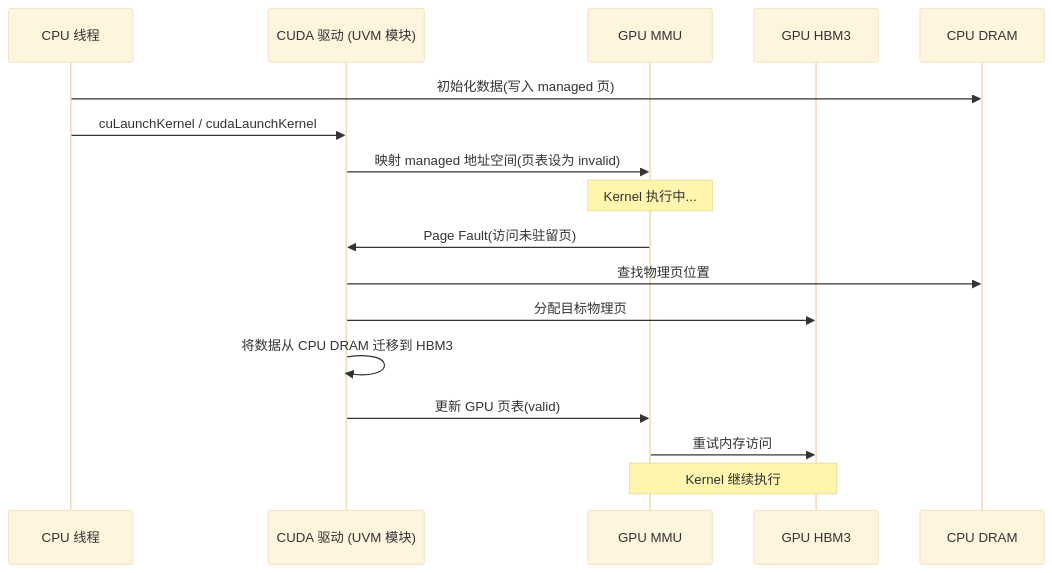
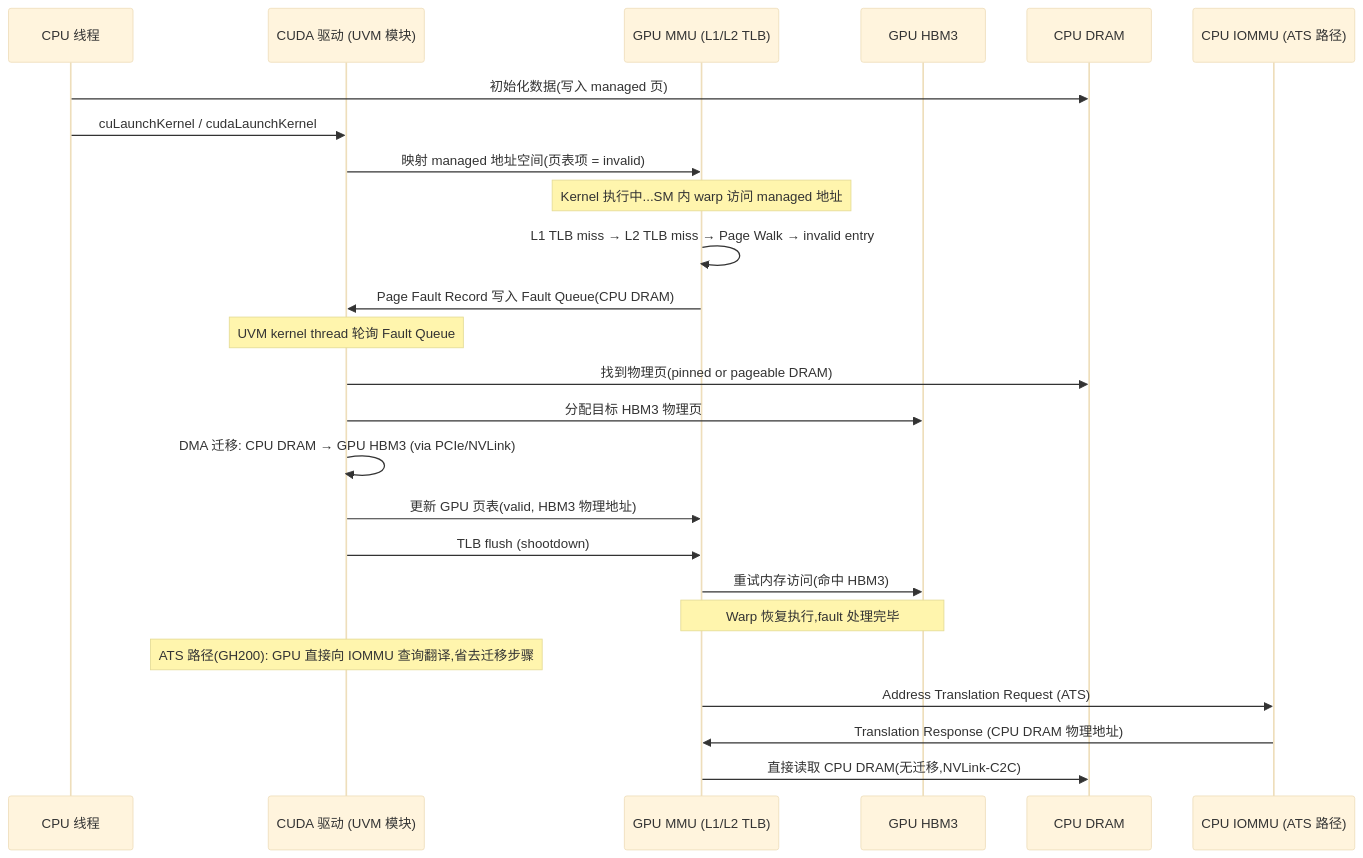
One commit to qxhy123/gpu changed the first of 2 diagrams in docs/cuda-zh/19-unified-memory.md. Above: the diagram before and after it, drawn with Mermaid (base theme). The commit also changed other lines of this file, not shown here.

````diff
--- a/docs/cuda-zh/19-unified-memory.md
+++ b/docs/cuda-zh/19-unified-memory.md
@@ -17,20 +25,28 @@
 ```mermaid
 sequenceDiagram
     participant CPU as CPU 线程
     participant Driver as CUDA 驱动 (UVM 模块)
-    participant GPUMMU as GPU MMU
+    participant GPUMMU as GPU MMU (L1/L2 TLB)
     participant HBM as GPU HBM3
     participant RAM as CPU DRAM
+    participant IOMMU as CPU IOMMU (ATS 路径)
 
     CPU->>RAM: 初始化数据(写入 managed 页)
     CPU->>Driver: cuLaunchKernel / cudaLaunchKernel
-    Driver->>GPUMMU: 映射 managed 地址空间(页表设为 invalid)
-    Note over GPUMMU: Kernel 执行中...
-    GPUMMU->>Driver: Page Fault(访问未驻留页)
-    Driver->>RAM: 查找物理页位置
-    Driver->>HBM: 分配目标物理页
-    Driver->>Driver: 将数据从 CPU DRAM 迁移到 HBM3
-    Driver->>GPUMMU: 更新 GPU 页表(valid)
-    GPUMMU->>HBM: 重试内存访问
-    Note over GPUMMU,HBM: Kernel 继续执行
+    Driver->>GPUMMU: 映射 managed 地址空间(页表项 = invalid)
+    Note over GPUMMU: Kernel 执行中...SM 内 warp 访问 managed 地址
+    GPUMMU->>GPUMMU: L1 TLB miss → L2 TLB miss → Page Walk → invalid entry
+    GPUMMU->>Driver: Page Fault Record 写入 Fault Queue(CPU DRAM)
+    Note over Driver: UVM kernel thread 轮询 Fault Queue
+    Driver->>RAM: 找到物理页(pinned or pageable DRAM)
+    Driver->>HBM: 分配目标 HBM3 物理页
+    Driver->>Driver: DMA 迁移: CPU DRAM → GPU HBM3 (via PCIe/NVLink)
+    Driver->>GPUMMU: 更新 GPU 页表(valid, HBM3 物理地址)
+    Driver->>GPUMMU: TLB flush (shootdown)
+    GPUMMU->>HBM: 重试内存访问(命中 HBM3)
+    Note over GPUMMU,HBM: Warp 恢复执行,fault 处理完毕
+    Note over Driver: ATS 路径(GH200): GPU 直接向 IOMMU 查询翻译,省去迁移步骤
+    GPUMMU->>IOMMU: Address Translation Request (ATS)
+    IOMMU->>GPUMMU: Translation Response (CPU DRAM 物理地址)
+    GPUMMU->>RAM: 直接读取 CPU DRAM(无迁移,NVLink-C2C)
 ```
````
